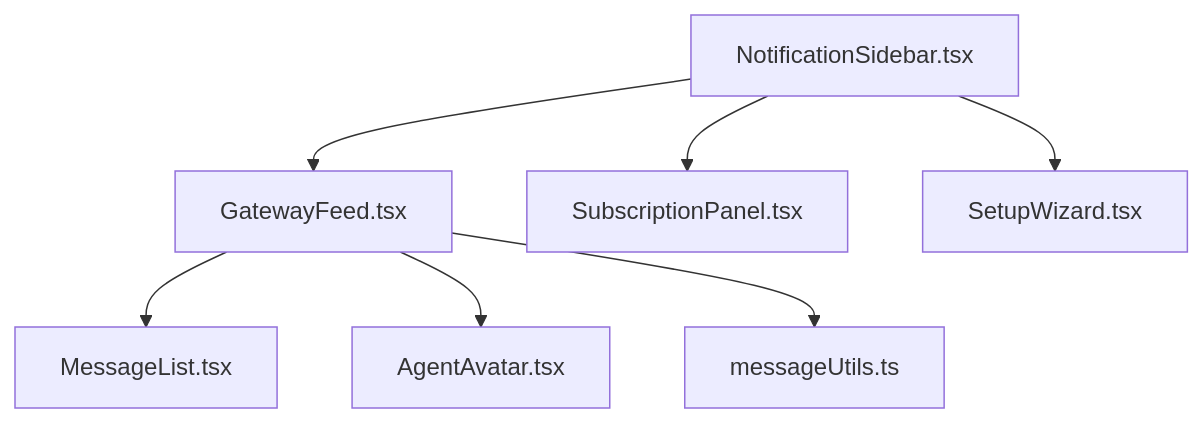
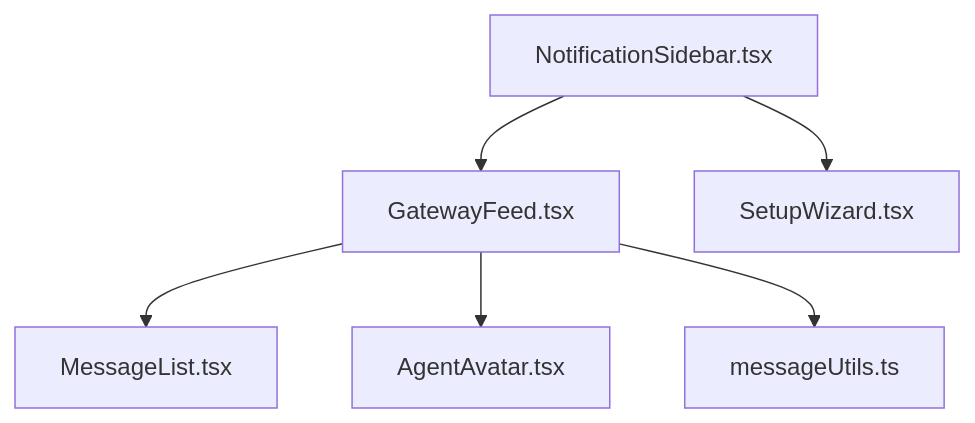
Before and after one commit to rpuneet/bc: the fifth of 5 diagrams in docs/explanation/notifications.md, drawn with Mermaid. The commit also changed 20 other files, not shown here.

````diff
--- a/docs/explanation/notifications.md
+++ b/docs/explanation/notifications.md
@@ -669,10 +669,9 @@
 ```mermaid
 graph TD
     NS[NotificationSidebar.tsx] --> GF[GatewayFeed.tsx]
-    NS --> SP[SubscriptionPanel.tsx]
     NS --> SW[SetupWizard.tsx]
 
     GF --> ML[MessageList.tsx]
     GF --> AA[AgentAvatar.tsx]
     GF --> MU[messageUtils.ts]
 ```
````
